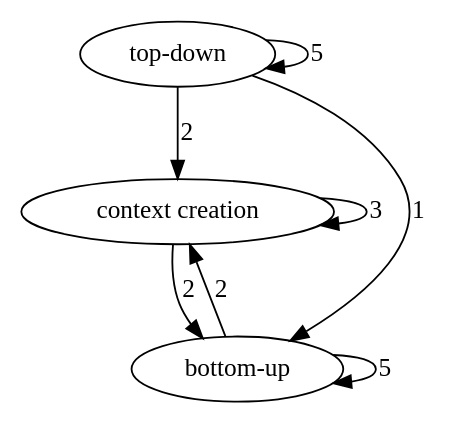
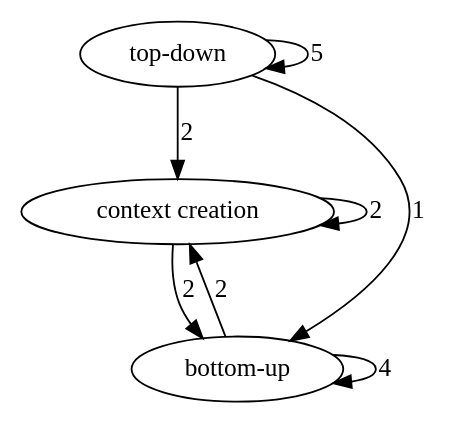
One commit to dorisjlee/ZV-paper changed the diagram in analysis/G2.dot. Above: the diagram before and after it, drawn with Graphviz. The commit also changed 35 other files, not shown here.

```diff
--- a/analysis/G2.dot
+++ b/analysis/G2.dot
@@ -1,12 +1,12 @@
 digraph  {
 "top-down";
 "context creation";
 "bottom-up";
 "top-down" -> "top-down"  [weight=5, label=5];
 "top-down" -> "context creation"  [weight=2, label=2];
 "top-down" -> "bottom-up"  [weight=1, label=1];
-"context creation" -> "context creation"  [weight=3, label=3];
+"context creation" -> "context creation"  [weight=2, label=2];
 "context creation" -> "bottom-up"  [weight=2, label=2];
 "bottom-up" -> "context creation"  [weight=2, label=2];
-"bottom-up" -> "bottom-up"  [weight=5, label=5];
+"bottom-up" -> "bottom-up"  [weight=4, label=4];
 }
```
